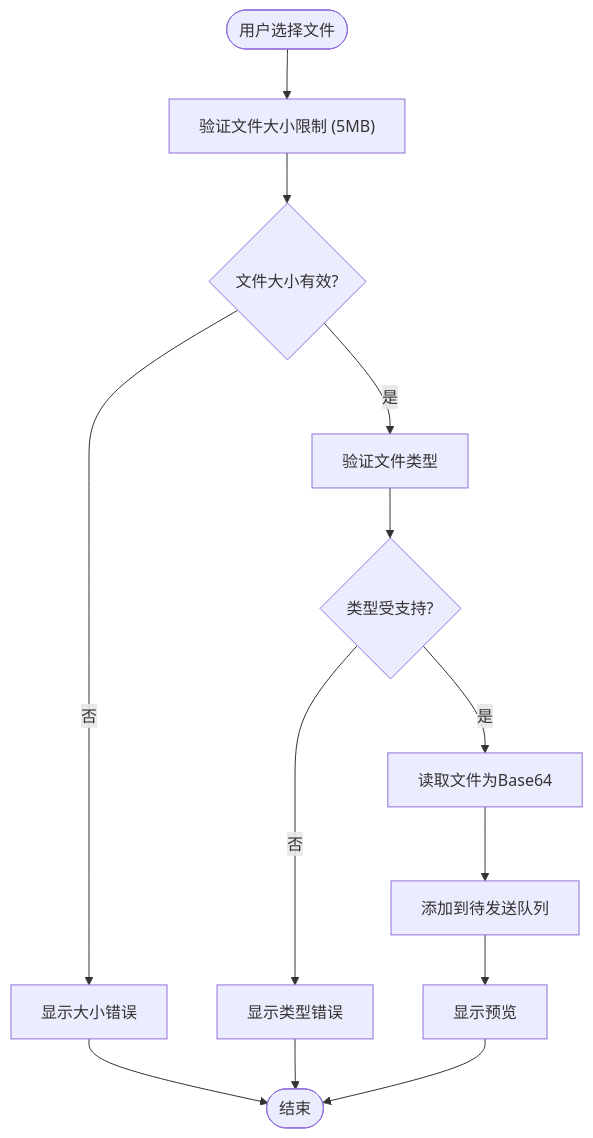
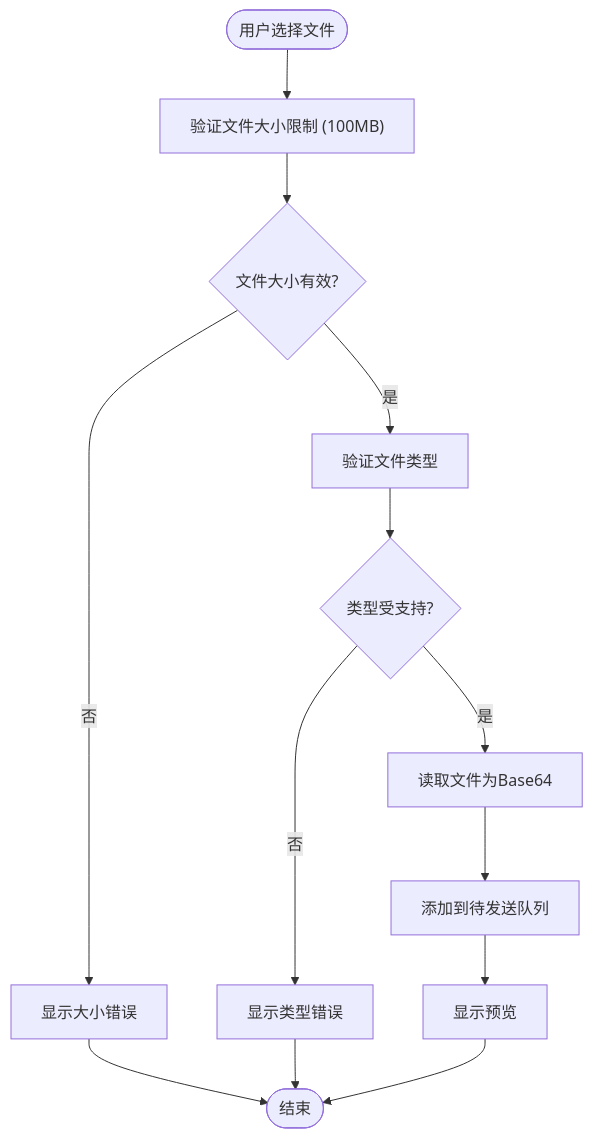
One commit to verse-ai-org/openclaw changed the seventh of 14 diagrams in .qoder/repowiki/zh/content/Web界面/WebChat界面/聊天附件处理系统.md. Above: the diagram before and after it, drawn with Mermaid. The commit also changed other lines of this file and 86 other files, not shown here.

````diff
--- a/.qoder/repowiki/zh/content/Web界面/WebChat界面/聊天附件处理系统.md
+++ b/.qoder/repowiki/zh/content/Web界面/WebChat界面/聊天附件处理系统.md
@@ -337,15 +326,15 @@
 ```mermaid
 flowchart TD
-Start([用户选择文件]) --> ValidateSize["验证文件大小限制 (5MB)"]
+Start([用户选择文件]) --> ValidateSize["验证文件大小限制 (100MB)"]
 ValidateSize --> SizeOK{"文件大小有效?"}
 SizeOK --> |否| ShowError1["显示大小错误"]
 SizeOK --> |是| ValidateType["验证文件类型"]
 ValidateType --> TypeOK{"类型受支持?"}
 TypeOK --> |否| ShowError2["显示类型错误"]
 TypeOK --> |是| ReadFile["读取文件为Base64"]
 ReadFile --> AddToQueue["添加到待发送队列"]
 AddToQueue --> Preview["显示预览"]
 ShowError1 --> End([结束])
 ShowError2 --> End
 Preview --> End
 ```
````
